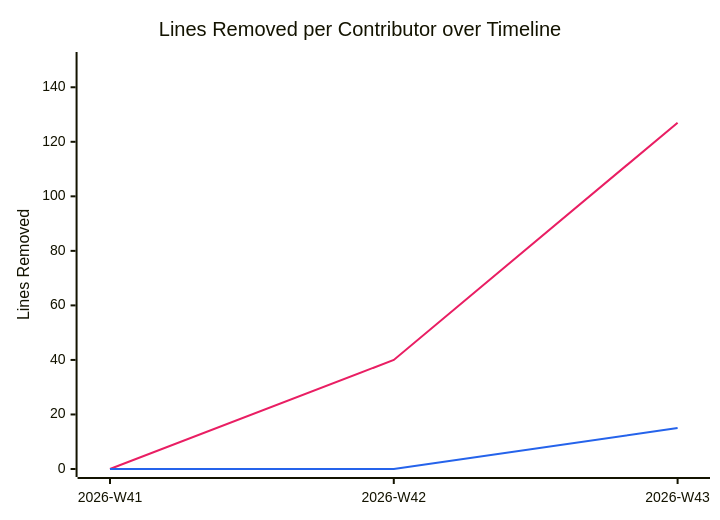
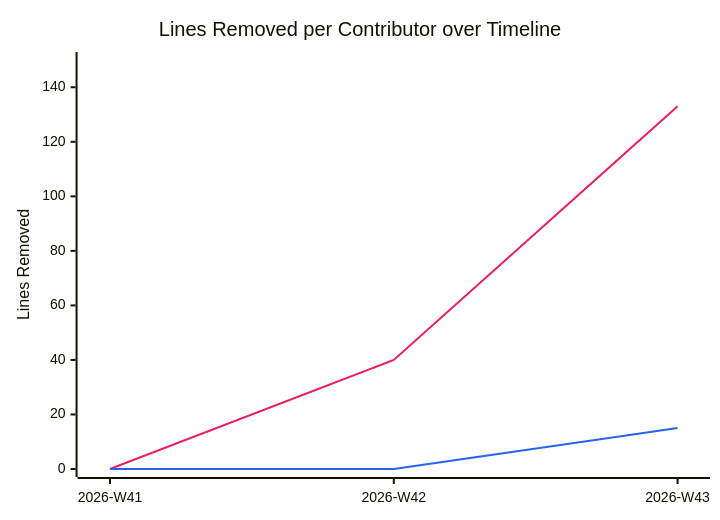
The diagram in documentation/snippets/management/code-deletions.mmd (BeyondMagic/swe-template), drawn with Mermaid before and after one commit. The commit also changed 2 other files, not shown here.

```diff
--- a/documentation/snippets/management/code-deletions.mmd
+++ b/documentation/snippets/management/code-deletions.mmd
@@ -1,7 +1,7 @@
 %%{init: {"themeVariables": {"xyChart": {"plotColorPalette": "#e91e63, #2563eb"}}}}%%
 xychart-beta
     title "Lines Removed per Contributor over Timeline"
     x-axis ["2026-W41", "2026-W42", "2026-W43"]
     y-axis "Lines Removed" 0 --> 150
-    line [0, 40, 127]
+    line [0, 40, 133]
     line [0, 0, 15]
```
